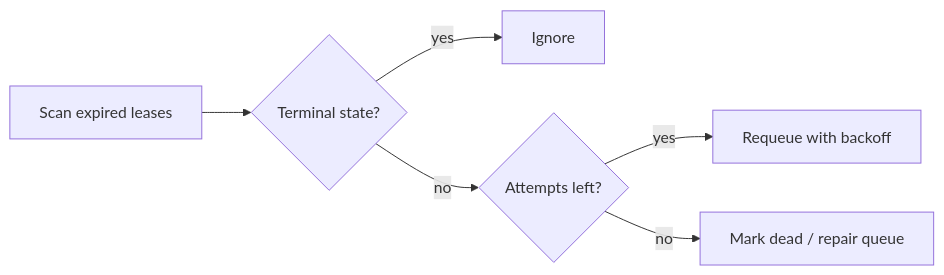
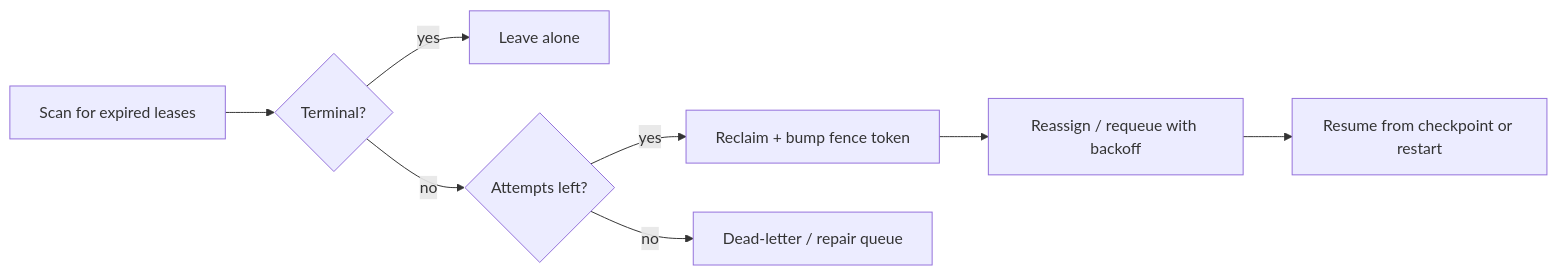
One commit to binarydevelop/system-design-patterns changed the diagram in 18-workflow-job-systems/08-leases-heartbeats-recovery.md. Above: the diagram before and after it, drawn with Mermaid. The commit also changed other lines of this file and 8 other files, not shown here.

````diff
--- a/18-workflow-job-systems/08-leases-heartbeats-recovery.md
+++ b/18-workflow-job-systems/08-leases-heartbeats-recovery.md
@@ -60,8 +86,10 @@
 ```mermaid
 flowchart LR
-    SCAN["Scan expired leases"] --> C{"Terminal state?"}
-    C -->|yes| IGNORE["Ignore"]
-    C -->|no| R{"Attempts left?"}
-    R -->|yes| REQ["Requeue with backoff"]
-    R -->|no| DLQ["Mark dead / repair queue"]
+    SCAN["Scan for expired leases"] --> T{"Terminal?"}
+    T -->|yes| DONE["Leave alone"]
+    T -->|no| A{"Attempts left?"}
+    A -->|yes| RC["Reclaim + bump fence token"]
+    RC --> RS["Reassign / requeue with backoff"]
+    RS --> RES["Resume from checkpoint or restart"]
+    A -->|no| DLQ["Dead-letter / repair queue"]
 ```
````
